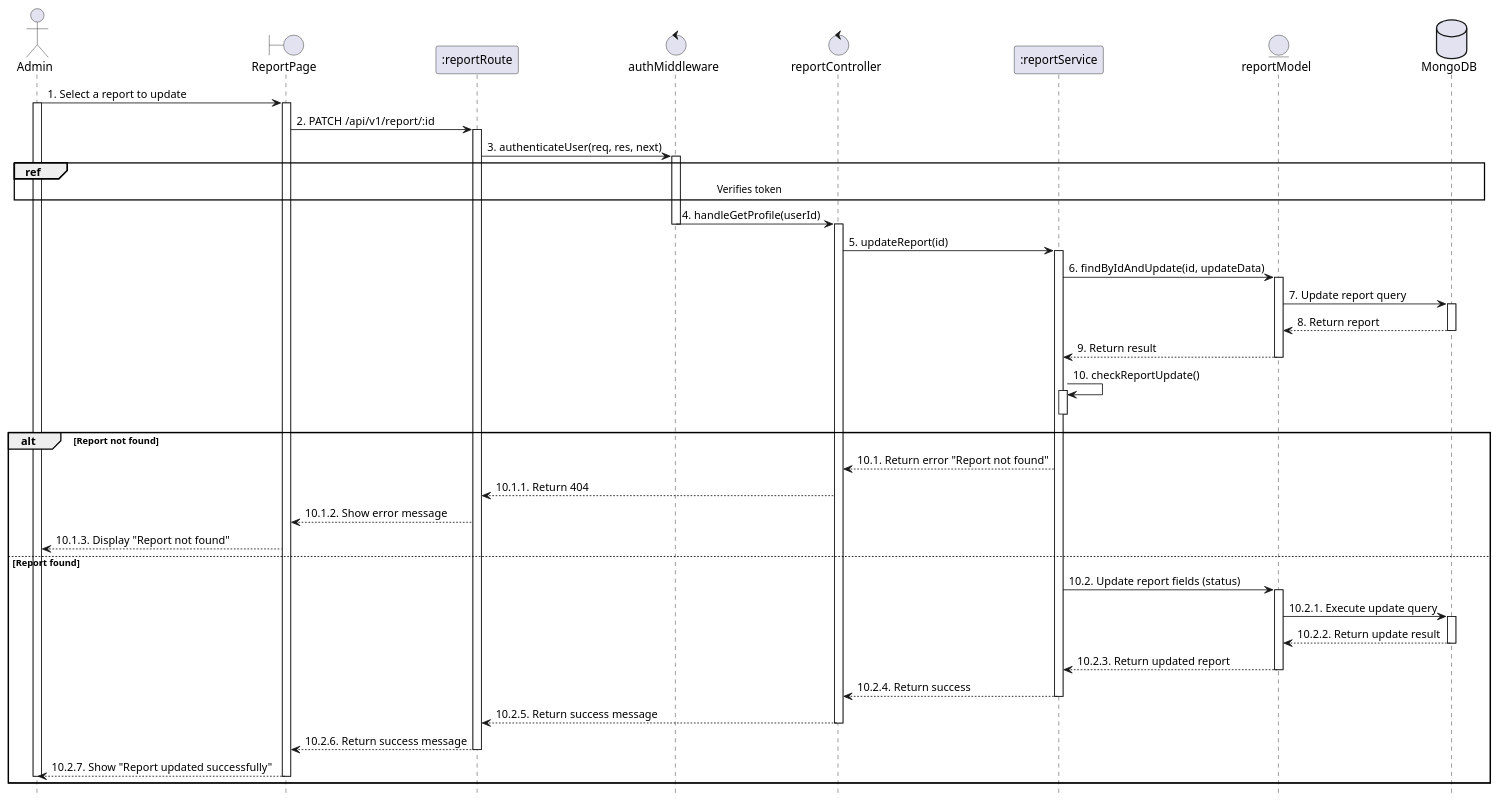
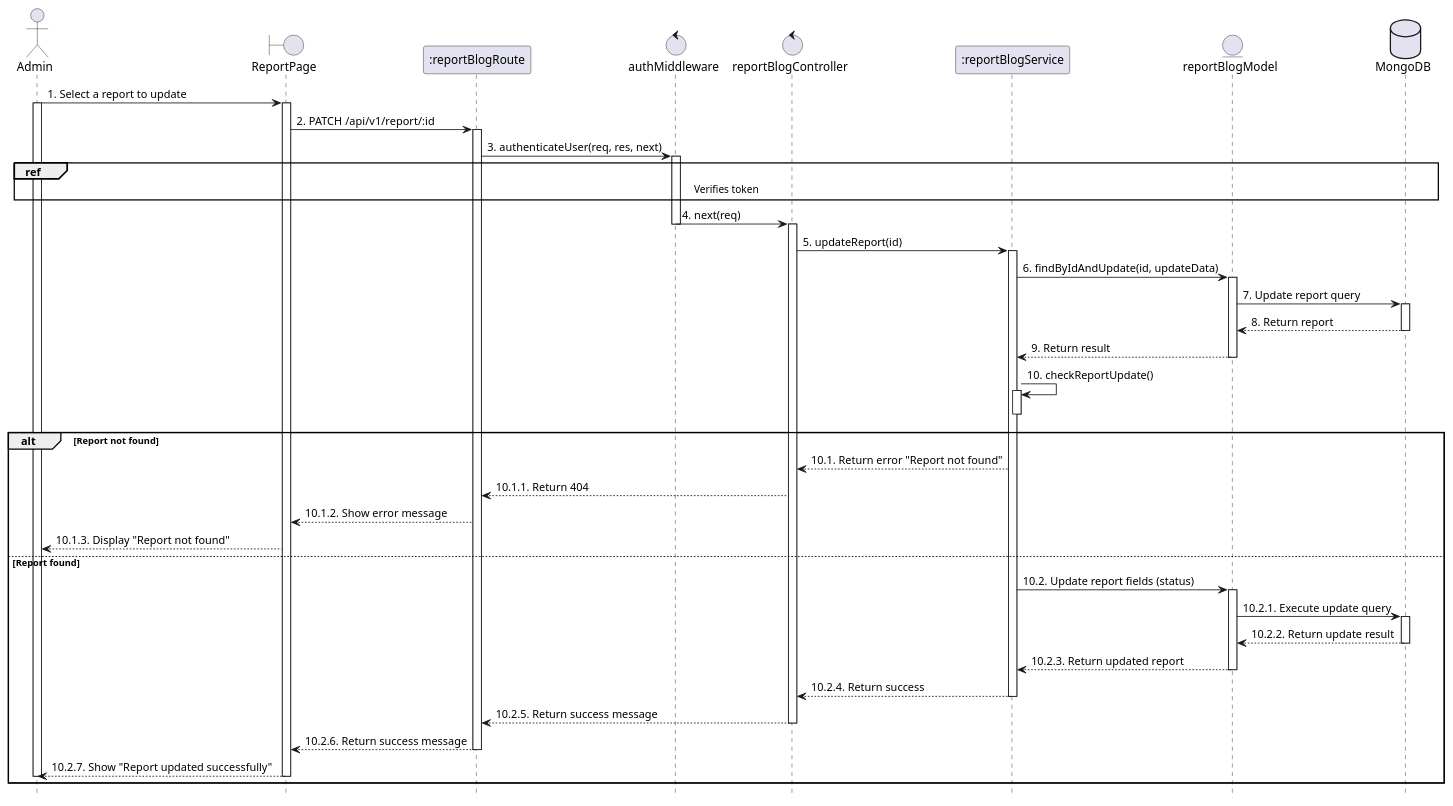
Before and after one commit to VietDurian/VietDurian: the diagram in planuml/web/19.3_updateReport.puml, drawn with PlantUML. The commit also changed 11 other files, not shown here.

Commit message:
be:report-blog:done

```diff
--- a/planuml/web/19.3_updateReport.puml
+++ b/planuml/web/19.3_updateReport.puml
@@ -1,72 +1,72 @@
 @startuml UC44_UpdateReport
 
 actor Admin as "Admin"
 boundary "ReportPage" as View
-participant ":reportRoute" as Route
+participant ":reportBlogRoute" as Route
 control "authMiddleware" as Auth
-control "reportController" as Controller
-participant ":reportService" as Service
-entity "reportModel" as Model
+control "reportBlogController" as Controller
+participant ":reportBlogService" as Service
+entity "reportBlogModel" as Model
 database "MongoDB" as MongoDB
 hide footbox
 
     Admin -> View: 1. Select a report to update
     activate View
     activate Admin
 
     View -> Route: 2. PATCH /api/v1/report/:id
     activate Route
     Route -> Auth: 3. authenticateUser(req, res, next)
 
     activate Auth
     ref over Admin, MongoDB : Verifies token
 
-    Auth -> Controller: 4. handleGetProfile(userId)
+    Auth -> Controller: 4. next(req)
     deactivate Auth
     activate Controller
 
     Controller -> Service: 5. updateReport(id)
     activate Service
 
     Service -> Model: 6. findByIdAndUpdate(id, updateData)
     activate Model
 
     Model -> MongoDB: 7. Update report query
     activate MongoDB
     MongoDB --> Model: 8. Return report
     deactivate MongoDB
 
     Model --> Service: 9. Return result
     deactivate Model
 
     Service -> Service: 10. checkReportUpdate()
     activate Service
     deactivate Service
 
     alt Report not found
         Service --> Controller: 10.1. Return error "Report not found"
         Controller --> Route: 10.1.1. Return 404
         Route --> View: 10.1.2. Show error message
         View --> Admin: 10.1.3. Display "Report not found"
     else Report found
         Service -> Model: 10.2. Update report fields (status)
         activate Model
         Model -> MongoDB: 10.2.1. Execute update query
         activate MongoDB
         MongoDB --> Model: 10.2.2. Return update result
         deactivate MongoDB
         Model --> Service: 10.2.3. Return updated report
         deactivate Model
 
         Service --> Controller: 10.2.4. Return success
         deactivate Service
         Controller --> Route: 10.2.5. Return success message
         deactivate Controller
         Route --> View: 10.2.6. Return success message
         deactivate Route
         View --> Admin: 10.2.7. Show "Report updated successfully"
         deactivate View
         deactivate Admin
     end
 
 @enduml
```
